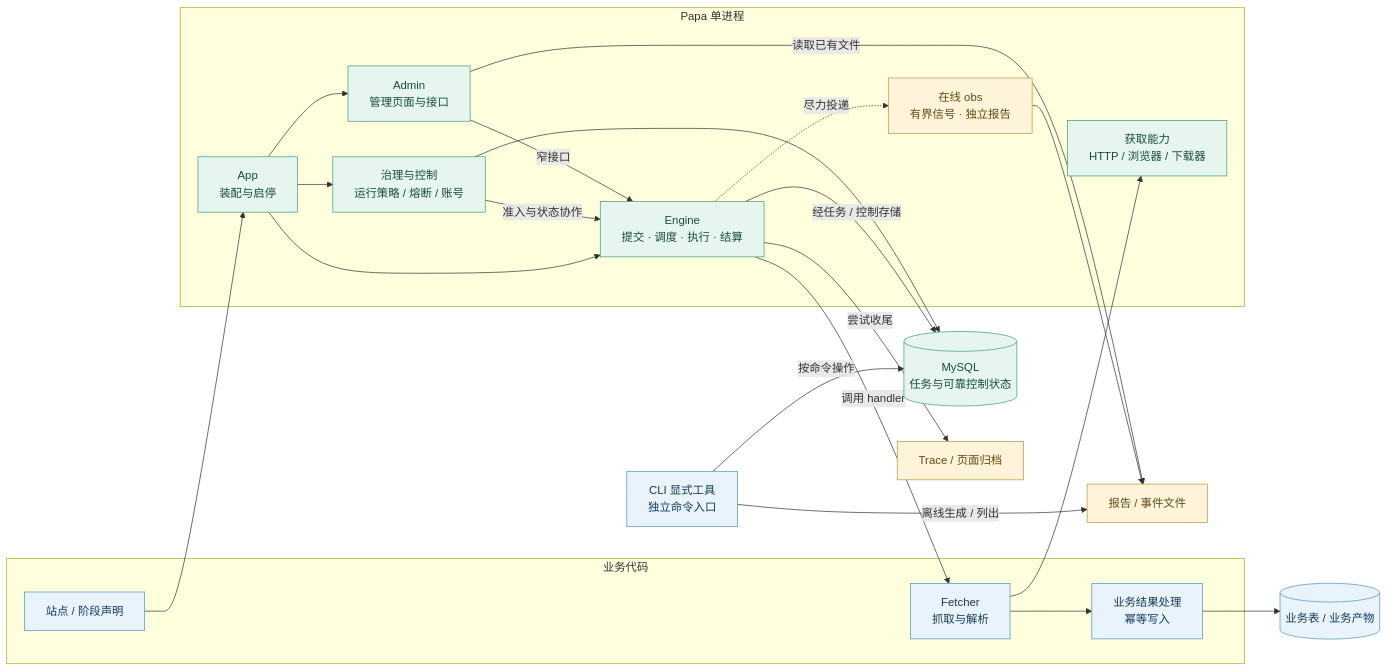
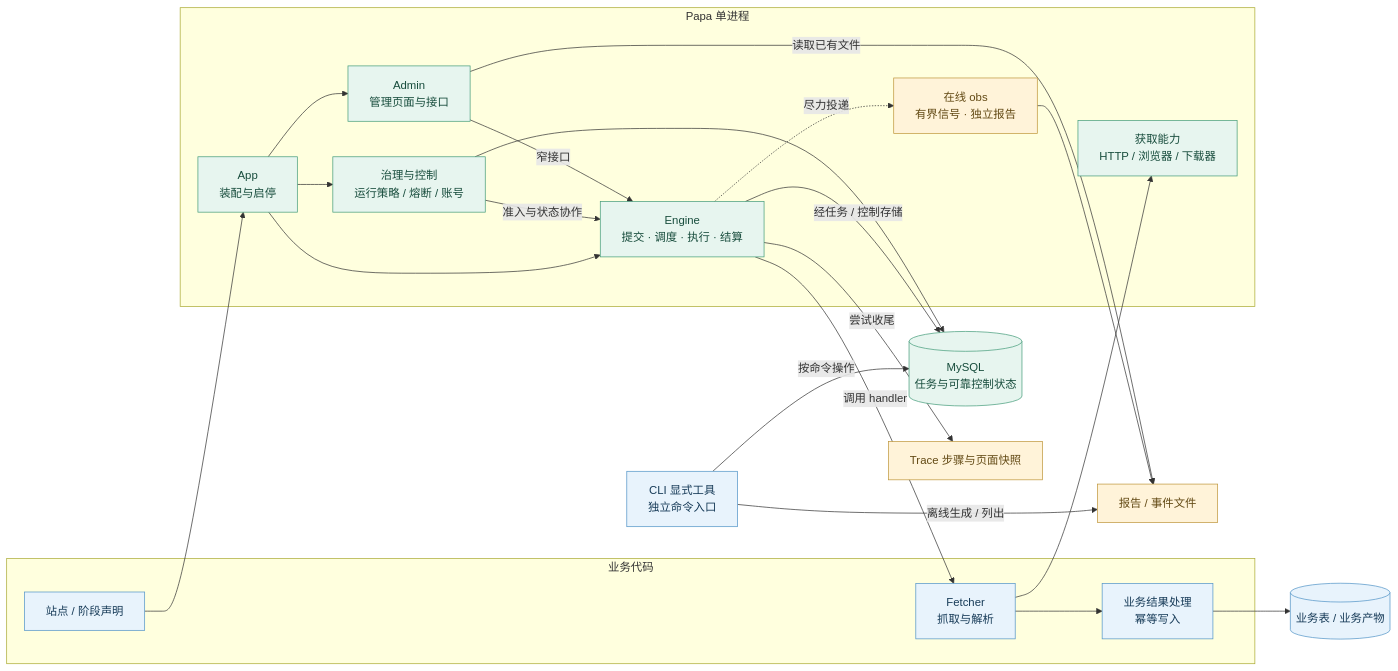
One commit to ydtg1993/papa changed the diagram in docs/assets/diagrams/02-components.mmd. Above: the diagram before and after it, drawn with Mermaid. The commit also changed 196 other files, not shown here.

```diff
--- a/docs/assets/diagrams/02-components.mmd
+++ b/docs/assets/diagrams/02-components.mmd
@@ -1,35 +1,35 @@
 flowchart LR
     subgraph B["业务代码"]
         S["站点 / 阶段声明"]
         F["Fetcher<br/>抓取与解析"]
         R["业务结果处理<br/>幂等写入"]
     end
     subgraph P["Papa 单进程"]
         A["App<br/>装配与启停"]
         E["Engine<br/>提交 · 调度 · 执行 · 结算"]
         C["治理与控制<br/>运行策略 / 熔断 / 账号"]
         U["Admin<br/>管理页面与接口"]
         G["获取能力<br/>HTTP / 浏览器 / 下载器"]
         O["在线 obs<br/>有界信号 · 独立报告"]
     end
     S --> A --> E
     A --> C
     A --> U
     C -->|准入与状态协作| E
     U -->|窄接口| E
     E -->|调用 handler| F
     F --> G
     F --> R --> BD[("业务表 / 业务产物")]
     E -->|经任务 / 控制存储| DB[("MySQL<br/>任务与可靠控制状态")]
     C --> DB
     E -.->|尽力投递| O --> RF["报告 / 事件文件"]
-    E -->|尝试收尾| T["Trace / 页面归档"]
+    E -->|尝试收尾| T["Trace 步骤与页面快照"]
     U -->|读取已有文件| RF
     V["CLI 显式工具<br/>独立命令入口"] -->|按命令操作| DB
     V -->|离线生成 / 列出| RF
     classDef business fill:#e8f3fc,color:#173b58,stroke:#5294c7;
     classDef runtime fill:#e7f5ef,color:#174c3c,stroke:#449c7a;
     classDef observe fill:#fff3d9,color:#634a15,stroke:#bf963b;
     class S,F,R,BD,V business;
     class A,E,C,U,G,DB runtime;
     class O,RF,T observe;
```
